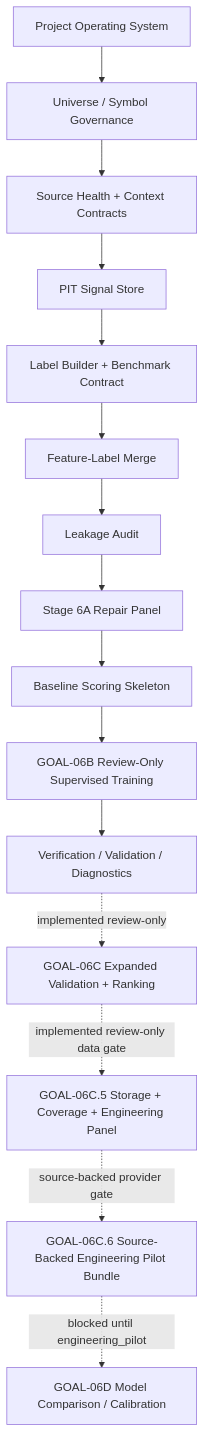
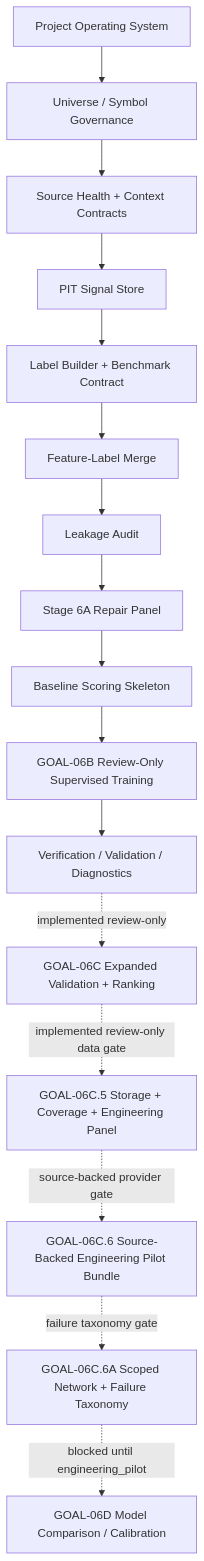
Before and after one commit to RyanLu0203/A_share_premarket_core: the diagram in docs/10_PROGRAM_ROADMAP_AND_ARCHITECTURE.md, drawn with Mermaid. The commit also changed other lines of this file and 46 other files, not shown here.

Commit message:
Add GOAL-06C.6A provider failure taxonomy

````diff
--- a/docs/10_PROGRAM_ROADMAP_AND_ARCHITECTURE.md
+++ b/docs/10_PROGRAM_ROADMAP_AND_ARCHITECTURE.md
@@ -11,17 +11,18 @@
 ```mermaid
 flowchart TD
     A["Project Operating System"] --> B["Universe / Symbol Governance"]
     B --> C["Source Health + Context Contracts"]
     C --> D["PIT Signal Store"]
     D --> E["Label Builder + Benchmark Contract"]
     E --> F["Feature-Label Merge"]
     F --> G["Leakage Audit"]
     G --> H["Stage 6A Repair Panel"]
     H --> I["Baseline Scoring Skeleton"]
     I --> J["GOAL-06B Review-Only Supervised Training"]
     J --> K["Verification / Validation / Diagnostics"]
     K -. "implemented review-only" .-> L["GOAL-06C Expanded Validation + Ranking"]
     L -. "implemented review-only data gate" .-> N["GOAL-06C.5 Storage + Coverage + Engineering Panel"]
     N -. "source-backed provider gate" .-> O["GOAL-06C.6 Source-Backed Engineering Pilot Bundle"]
-    O -. "blocked until engineering_pilot" .-> M["GOAL-06D Model Comparison / Calibration"]
+    O -. "failure taxonomy gate" .-> P["GOAL-06C.6A Scoped Network + Failure Taxonomy"]
+    P -. "blocked until engineering_pilot" .-> M["GOAL-06D Model Comparison / Calibration"]
 ```
````
